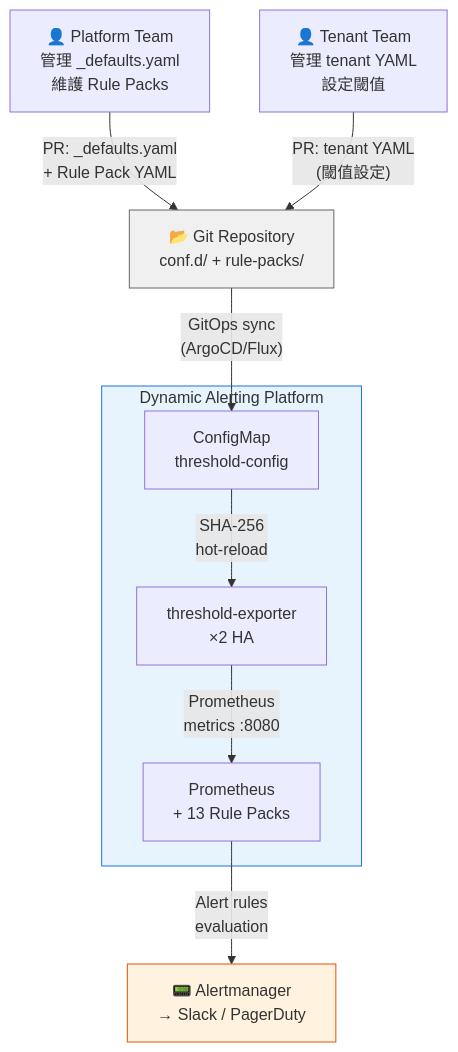
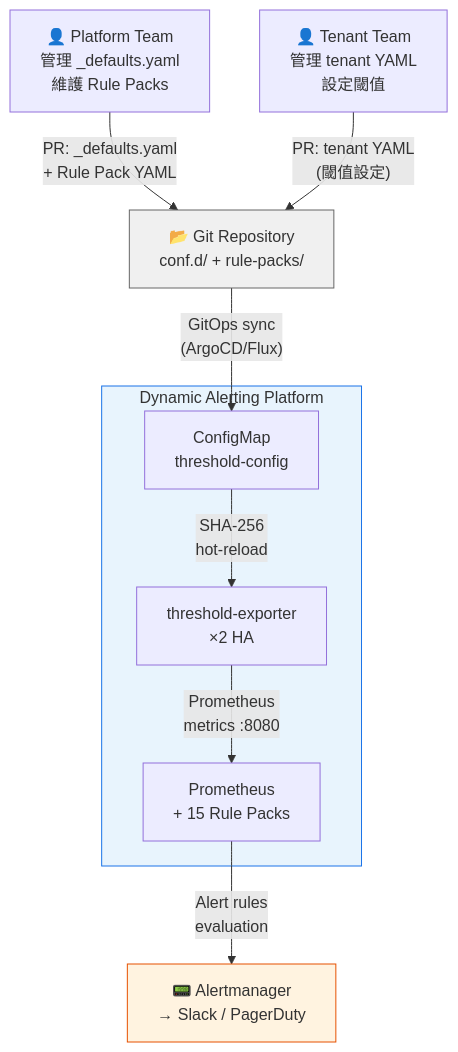
Before and after one commit to vencil/Dynamic-Alerting-Integrations: the first of 4 diagrams in docs/architecture-and-design.md, drawn with Mermaid. The commit also changed other lines of this file and 177 other files, not shown here.

````diff
--- a/docs/architecture-and-design.md
+++ b/docs/architecture-and-design.md
@@ -30,25 +42,25 @@
 ```mermaid
 graph TB
     PT["👤 Platform Team<br/>管理 _defaults.yaml<br/>維護 Rule Packs"]
     TT["👤 Tenant Team<br/>管理 tenant YAML<br/>設定閾值"]
     Git["📂 Git Repository<br/>conf.d/ + rule-packs/"]
 
     subgraph DAP["Dynamic Alerting Platform"]
         TE["threshold-exporter<br/>×2 HA"]
-        PM["Prometheus<br/>+ 13 Rule Packs"]
+        PM["Prometheus<br/>+ 15 Rule Packs"]
         CM["ConfigMap<br/>threshold-config"]
     end
 
     AM["📟 Alertmanager<br/>→ Slack / PagerDuty"]
 
     PT -->|"PR: _defaults.yaml<br/>+ Rule Pack YAML"| Git
     TT -->|"PR: tenant YAML<br/>(閾值設定)"| Git
     Git -->|"GitOps sync<br/>(ArgoCD/Flux)"| CM
     CM -->|"SHA-256<br/>hot-reload"| TE
     TE -->|"Prometheus<br/>metrics :8080"| PM
     PM -->|"Alert rules<br/>evaluation"| AM
 
     style DAP fill:#e8f4fd,stroke:#1a73e8
     style Git fill:#f0f0f0,stroke:#666
     style AM fill:#fff3e0,stroke:#e65100
 ```
````
